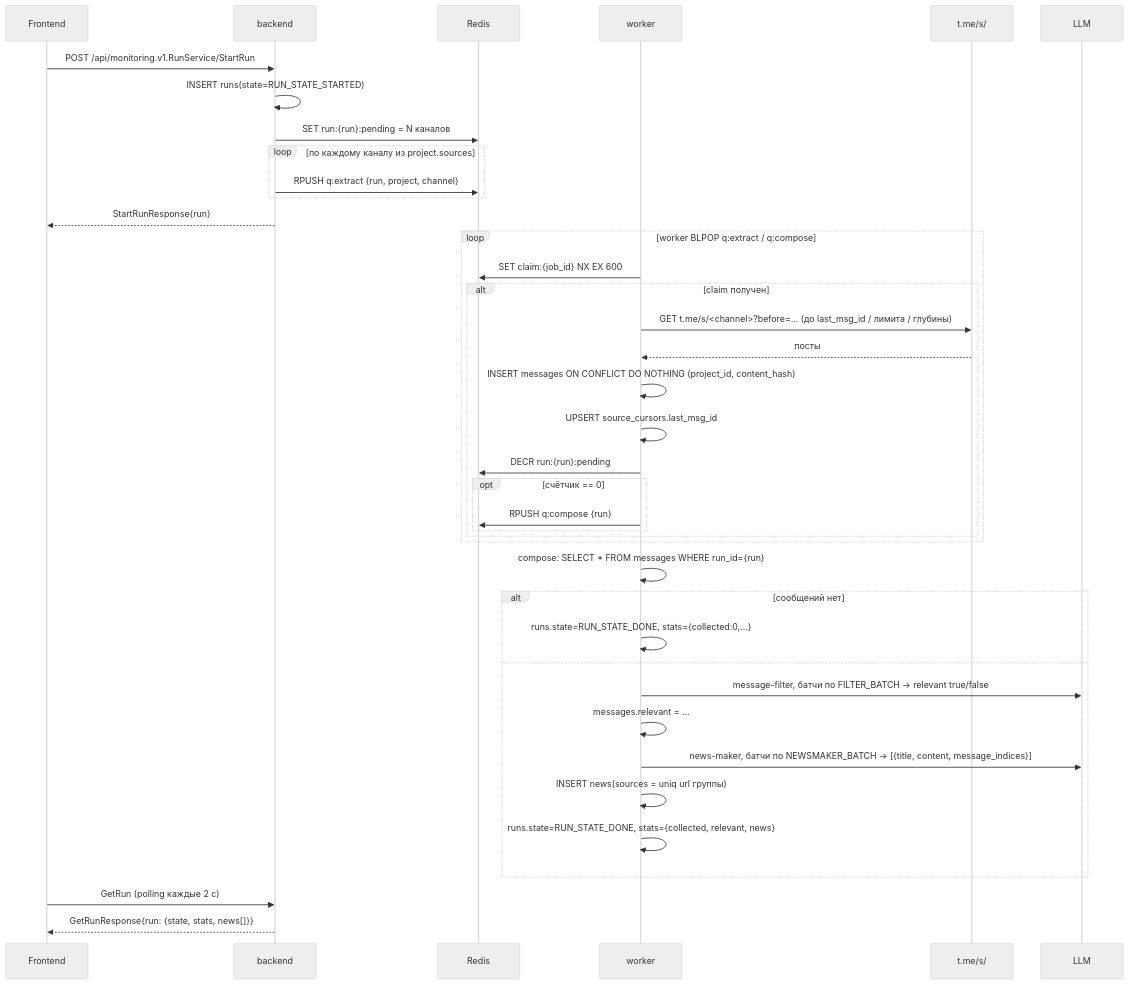
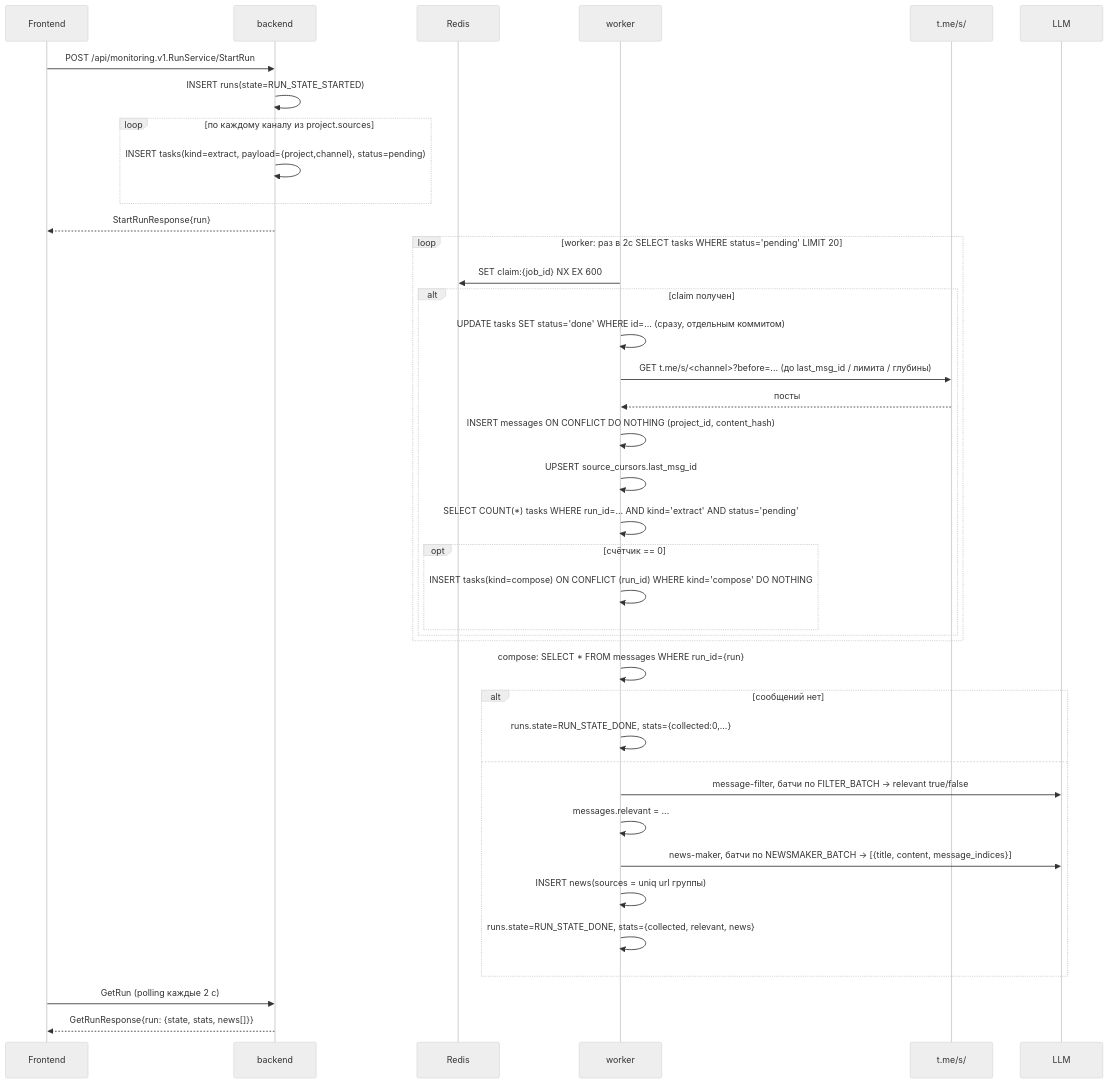
One commit to larisa-team/ai_product_hack changed the third of 3 diagrams in docs/SYSTEM_DESIGN_LIGHT.md. Above: the diagram before and after it, drawn with Mermaid (neutral theme). The commit also changed other lines of this file and 48 other files, not shown here.

````diff
--- a/docs/SYSTEM_DESIGN_LIGHT.md
+++ b/docs/SYSTEM_DESIGN_LIGHT.md
@@ -141,45 +162,45 @@
 ```mermaid
 sequenceDiagram
     participant FE as Frontend
     participant BE as backend
     participant RD as Redis
     participant W as worker
     participant TG as t.me/s/
     participant LLM as LLM
 
     FE->>BE: POST /api/monitoring.v1.RunService/StartRun
     BE->>BE: INSERT runs(state=RUN_STATE_STARTED)
-    BE->>RD: SET run:{run}:pending = N каналов
     loop по каждому каналу из project.sources
-        BE->>RD: RPUSH q:extract {run, project, channel}
+        BE->>BE: INSERT tasks(kind=extract, payload={project,channel}, status=pending)
     end
     BE-->>FE: StartRunResponse{run}
 
-    loop worker BLPOP q:extract / q:compose
+    loop worker: раз в 2с SELECT tasks WHERE status='pending' LIMIT 20
         W->>RD: SET claim:{job_id} NX EX 600
         alt claim получен
+            W->>W: UPDATE tasks SET status='done' WHERE id=... (сразу, отдельным коммитом)
             W->>TG: GET t.me/s/<channel>?before=... (до last_msg_id / лимита / глубины)
             TG-->>W: посты
             W->>W: INSERT messages ON CONFLICT DO NOTHING (project_id, content_hash)
             W->>W: UPSERT source_cursors.last_msg_id
-            W->>RD: DECR run:{run}:pending
+            W->>W: SELECT COUNT(*) tasks WHERE run_id=... AND kind='extract' AND status='pending'
             opt счётчик == 0
-                W->>RD: RPUSH q:compose {run}
+                W->>W: INSERT tasks(kind=compose) ON CONFLICT (run_id) WHERE kind='compose' DO NOTHING
             end
         end
     end
 
     W->>W: compose: SELECT * FROM messages WHERE run_id={run}
     alt сообщений нет
         W->>W: runs.state=RUN_STATE_DONE, stats={collected:0,...}
     else
         W->>LLM: message-filter, батчи по FILTER_BATCH -> relevant true/false
         W->>W: messages.relevant = ...
         W->>LLM: news-maker, батчи по NEWSMAKER_BATCH -> [{title, content, message_indices}]
         W->>W: INSERT news(sources = uniq url группы)
         W->>W: runs.state=RUN_STATE_DONE, stats={collected, relevant, news}
     end
 
     FE->>BE: GetRun (polling каждые 2 c)
     BE-->>FE: GetRunResponse{run: {state, stats, news[]}}
 ```
````
